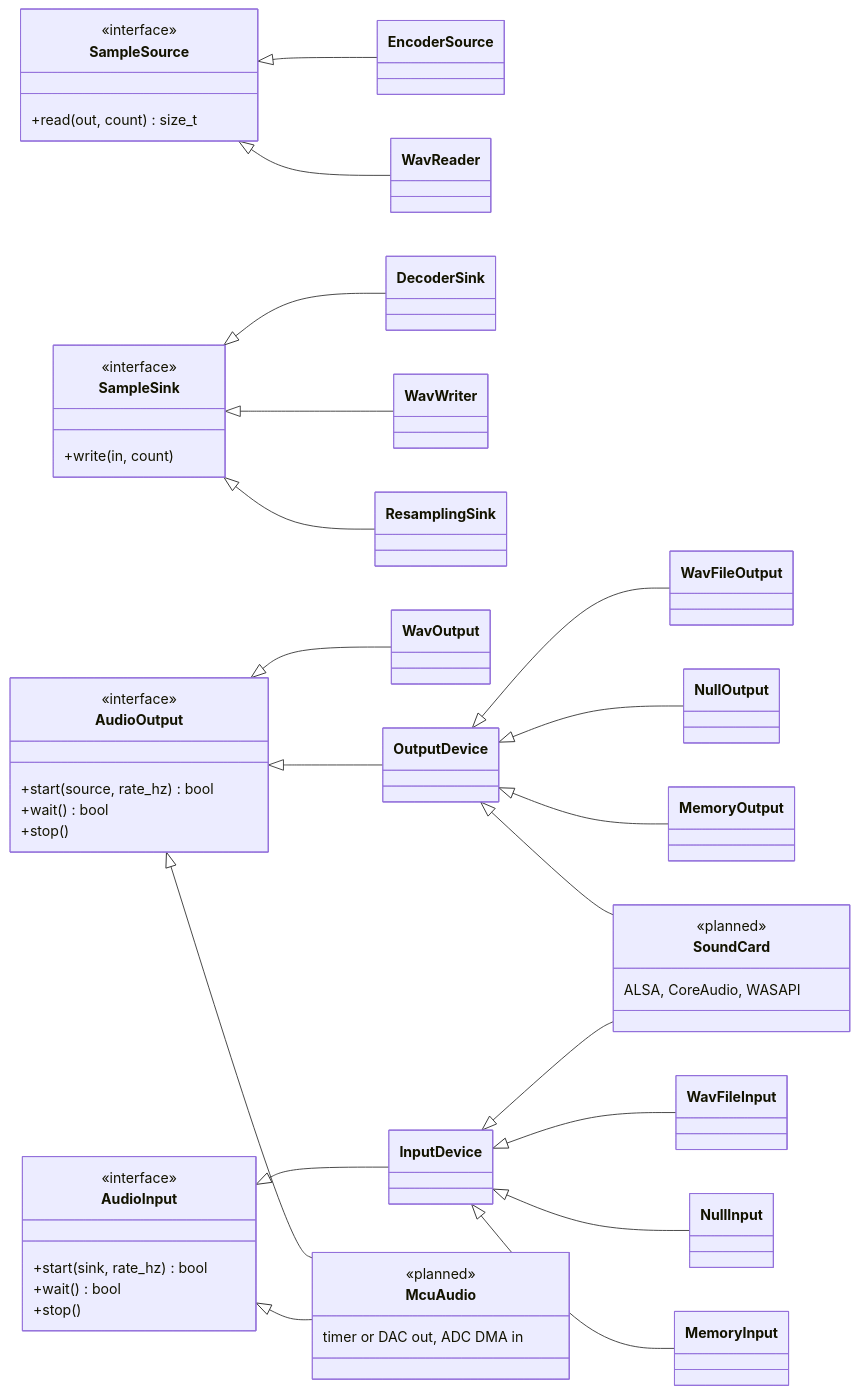
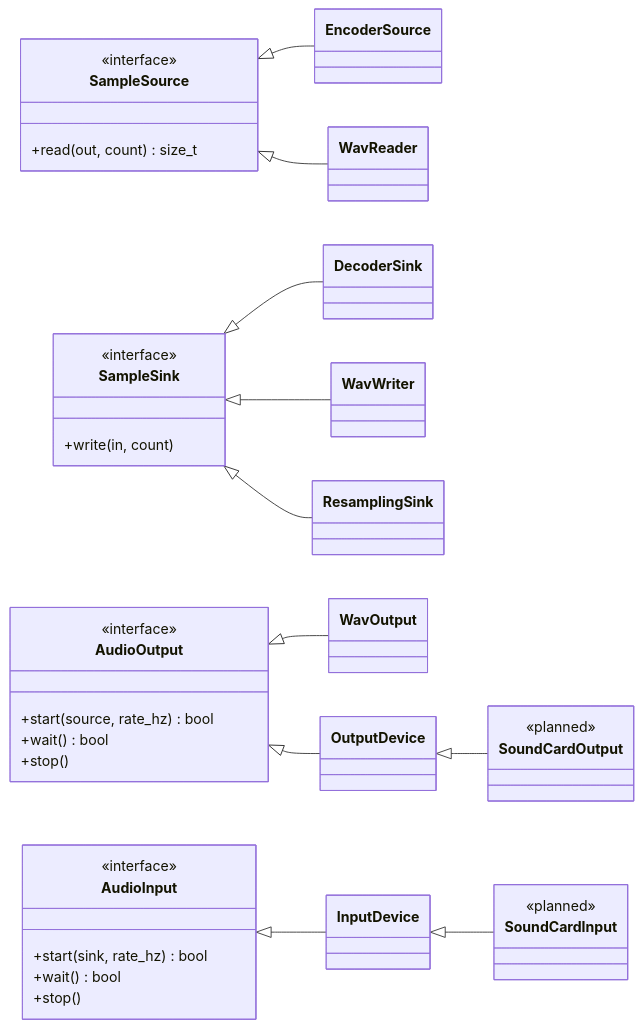
Before and after one commit to solariun/unlimited: the fourth of 4 diagrams in README.md, drawn with Mermaid. The commit also changed other lines of this file and 58 other files, not shown here.

````diff
--- a/README.md
+++ b/README.md
@@ -1215,50 +1721,40 @@
 ```mermaid
 classDiagram
     direction LR
     class SampleSource {
         <<interface>>
         +read(out, count) size_t
     }
     class SampleSink {
         <<interface>>
         +write(in, count)
     }
     class AudioOutput {
         <<interface>>
         +start(source, rate_hz) bool
         +wait() bool
         +stop()
     }
     class AudioInput {
         <<interface>>
         +start(sink, rate_hz) bool
         +wait() bool
         +stop()
     }
     SampleSource <|-- EncoderSource
     SampleSource <|-- WavReader
     SampleSink <|-- DecoderSink
     SampleSink <|-- WavWriter
     SampleSink <|-- ResamplingSink
     AudioOutput <|-- WavOutput
     AudioOutput <|-- OutputDevice
     AudioInput <|-- InputDevice
-    OutputDevice <|-- WavFileOutput
-    OutputDevice <|-- NullOutput
-    OutputDevice <|-- MemoryOutput
-    InputDevice <|-- WavFileInput
-    InputDevice <|-- NullInput
-    InputDevice <|-- MemoryInput
-    OutputDevice <|-- SoundCard
-    InputDevice <|-- SoundCard
-    class SoundCard {
+    OutputDevice <|-- SoundCardOutput
+    InputDevice <|-- SoundCardInput
+    class SoundCardOutput {
         <<planned>>
-        ALSA, CoreAudio, WASAPI
     }
-    AudioOutput <|-- McuAudio
-    AudioInput <|-- McuAudio
-    class McuAudio {
+    class SoundCardInput {
         <<planned>>
-        timer or DAC out, ADC DMA in
     }
 ```
````
